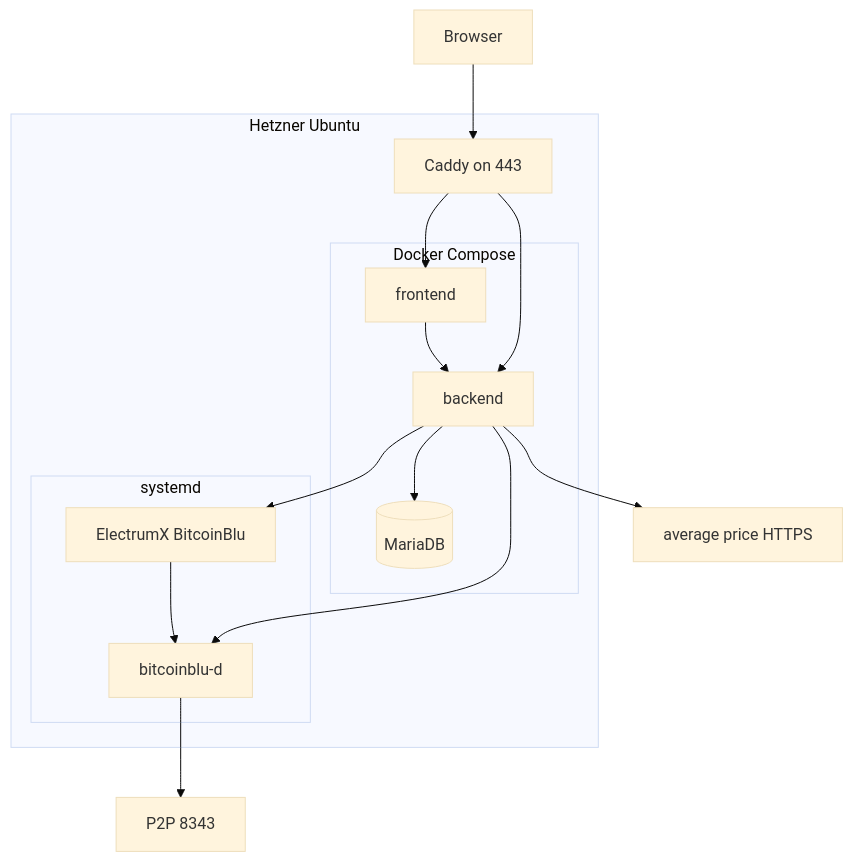
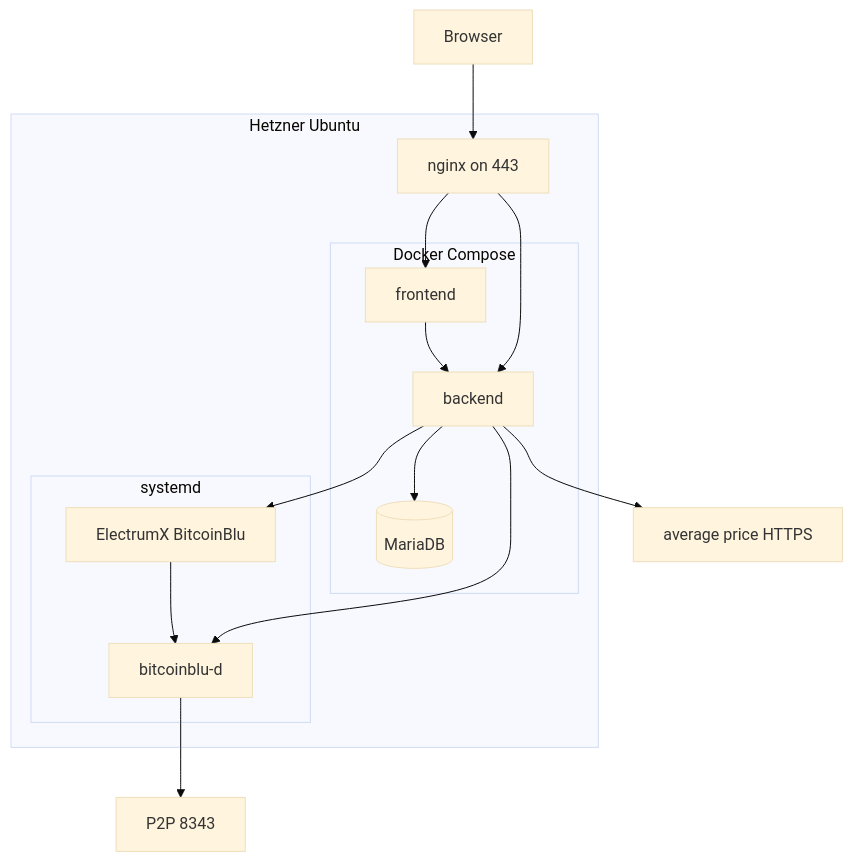
One commit to bitcoin-blu/bitcoinbluexplorer changed the second of 2 diagrams in docs/architecture.md. Above: the diagram before and after it, drawn with Mermaid (base theme). The commit also changed other lines of this file and 2 other files, not shown here.

````diff
--- a/docs/architecture.md
+++ b/docs/architecture.md
@@ -157,25 +159,25 @@
 ```mermaid
 flowchart TB
   subgraph host [Hetzner Ubuntu]
-    proxy[Caddy on 443]
+    proxy[nginx on 443]
     subgraph docker [Docker Compose]
       web[frontend]
       api[backend]
       db[(MariaDB)]
     end
     subgraph systemd [systemd]
       bblu[bitcoinblu-d]
       ex[ElectrumX BitcoinBlu]
     end
   end
   visitor[Browser] --> proxy
   proxy --> web
   proxy --> api
   web --> api
   api --> db
   api --> bblu
   api --> ex
   ex --> bblu
   bblu --> peers[P2P 8343]
   api --> price[average price HTTPS]
 ```
````
